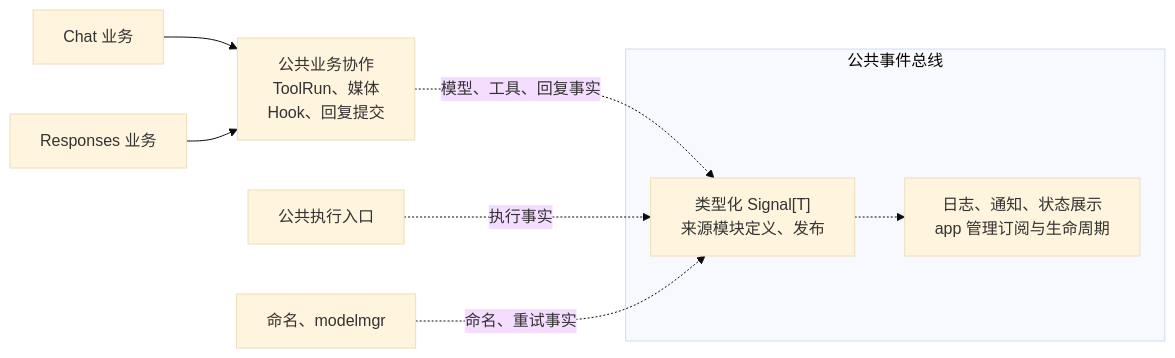
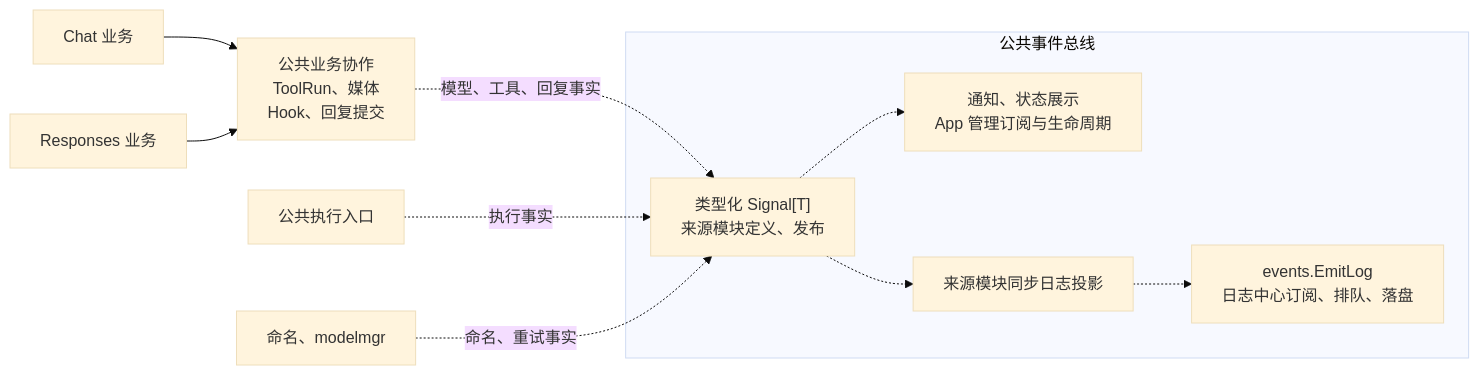
The second of 2 diagrams in devdocs/architecture.md (Elflare/elbot), drawn with Mermaid (base theme) before and after one commit. The commit also changed other lines of this file and 155 other files, not shown here.

````diff
--- a/devdocs/architecture.md
+++ b/devdocs/architecture.md
@@ -142,22 +142,26 @@
 ```mermaid
 flowchart LR
     CHAT["Chat 业务"]
     RESPONSE["Responses 业务"]
     ENTRY["公共执行入口"]
     OTHER["命名、modelmgr"]
 
     SHARED["公共业务协作<br/>ToolRun、媒体<br/>Hook、回复提交"]
 
     subgraph EVENTS["公共事件总线"]
         BUS["类型化 Signal[T]<br/>来源模块定义、发布"]
-        OBSERVER["日志、通知、状态展示<br/>app 管理订阅与生命周期"]
+        OBSERVER["通知、状态展示<br/>App 管理订阅与生命周期"]
+        PROJECTION["来源模块同步日志投影"]
+        LOG["events.EmitLog<br/>日志中心订阅、排队、落盘"]
         BUS -.-> OBSERVER
+        BUS -.-> PROJECTION
+        PROJECTION -.-> LOG
     end
 
     CHAT --> SHARED
     RESPONSE --> SHARED
 
     SHARED -.->|"模型、工具、回复事实"| BUS
     ENTRY -.->|"执行事实"| BUS
     OTHER -.->|"命名、重试事实"| BUS
 ```
````
